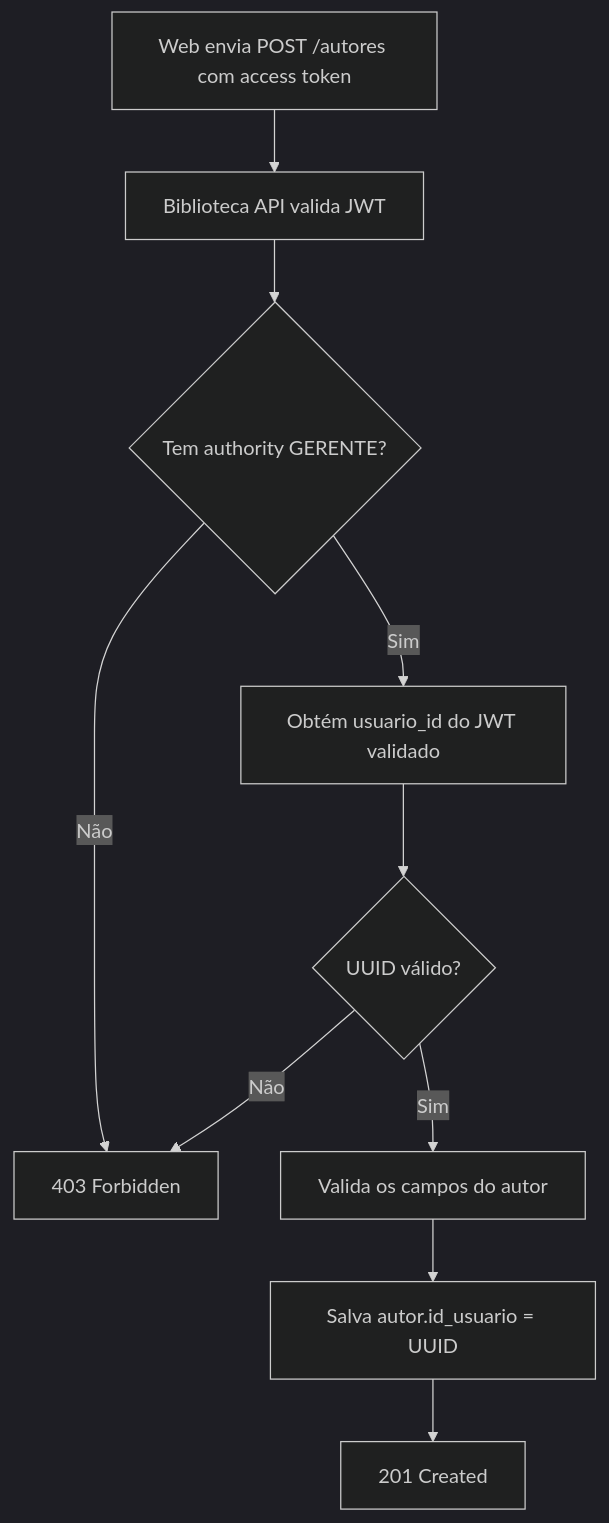
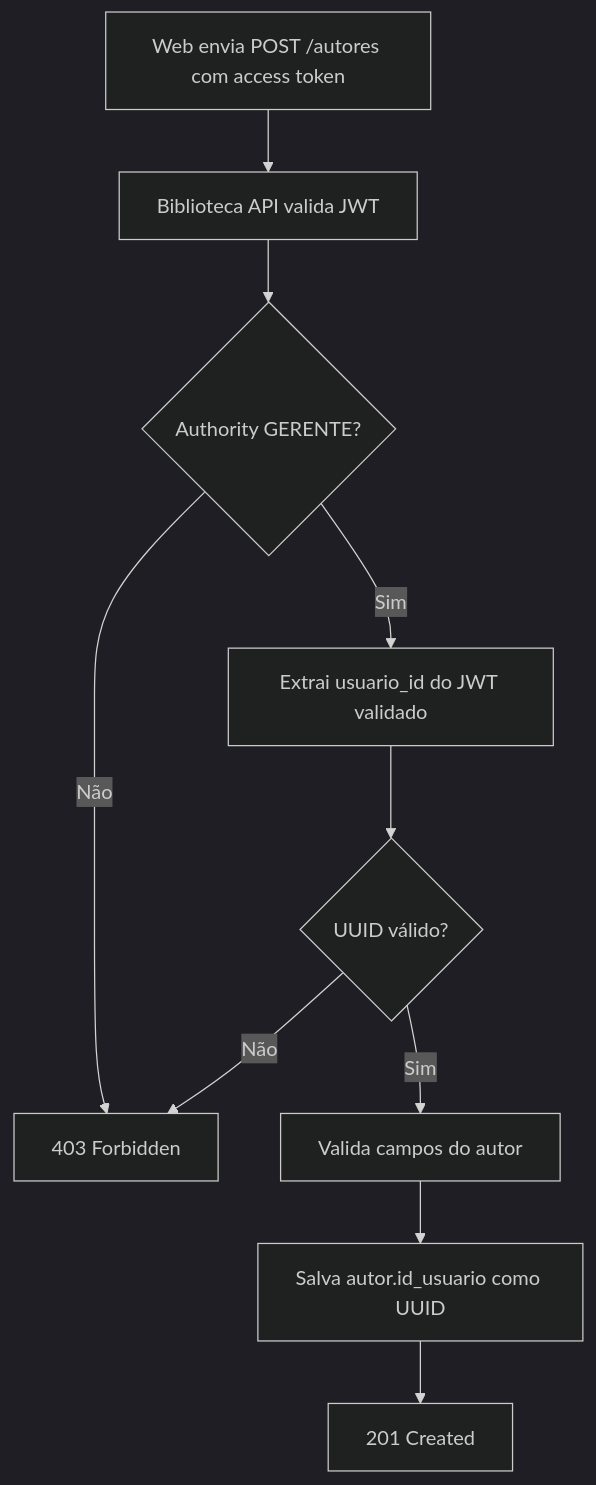
The diagram in docs/fluxos/03-auditoria-de-cadastros.md (gabrielppg123/biblioteca-spring-boot), drawn with Mermaid (dark theme) before and after one commit. The commit also changed other lines of this file and 6 other files, not shown here.

````diff
--- a/docs/fluxos/03-auditoria-de-cadastros.md
+++ b/docs/fluxos/03-auditoria-de-cadastros.md
@@ -3,12 +3,12 @@
 ```mermaid
 flowchart TD
     A["Web envia POST /autores com access token"] --> B["Biblioteca API valida JWT"]
-    B --> C{"Tem authority GERENTE?"}
+    B --> C{"Authority GERENTE?"}
     C -->|Não| D["403 Forbidden"]
-    C -->|Sim| E["Obtém usuario_id do JWT validado"]
+    C -->|Sim| E["Extrai usuario_id do JWT validado"]
     E --> F{"UUID válido?"}
     F -->|Não| D
-    F -->|Sim| G["Valida os campos do autor"]
-    G --> H["Salva autor.id_usuario = UUID"]
+    F -->|Sim| G["Valida campos do autor"]
+    G --> H["Salva autor.id_usuario como UUID"]
     H --> I["201 Created"]
 ```
````
